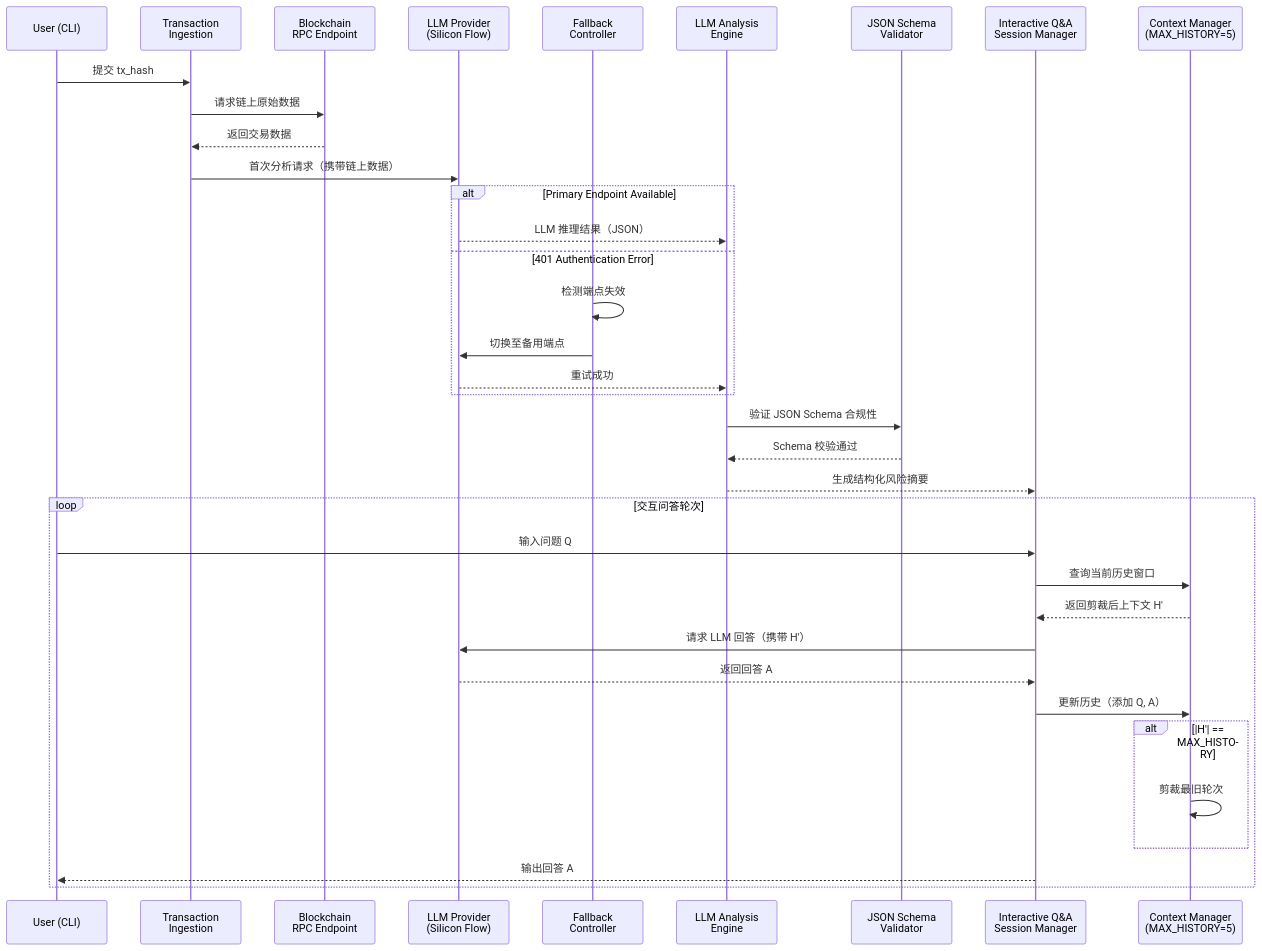
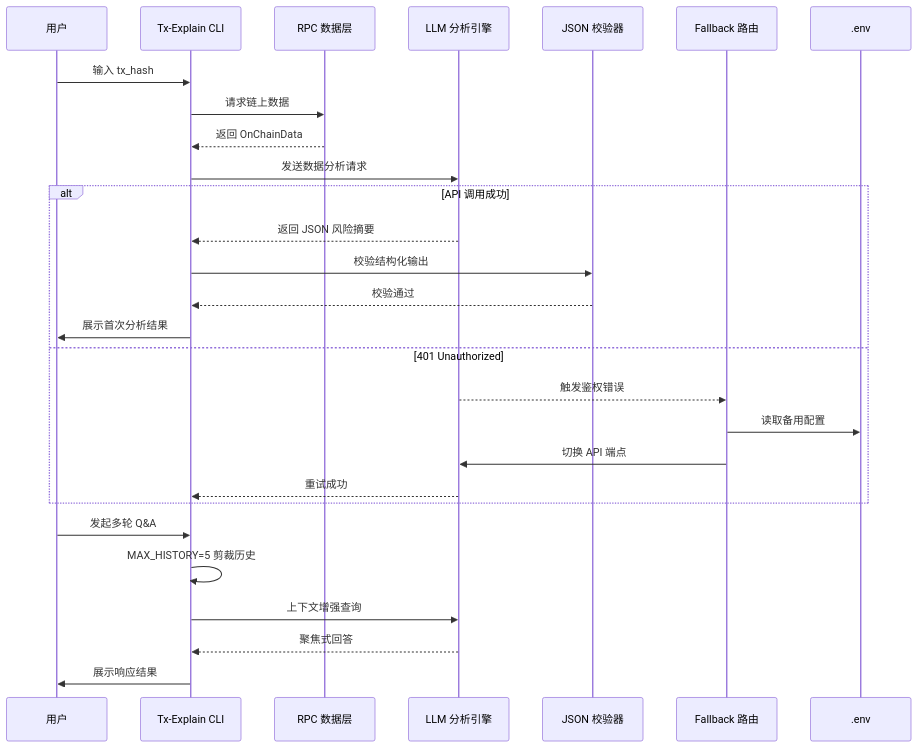
Before and after one commit to IntensiveCoLearning/AI-Web3-School: the seventh of 15 diagrams in notes/Minami-Bein.md, drawn with Mermaid. The commit also changed other lines of this file, not shown here.

````diff
--- a/notes/Minami-Bein.md
+++ b/notes/Minami-Bein.md
@@ -866,44 +887,32 @@
 ```mermaid
 sequenceDiagram
-    participant User as User (CLI)
-    participant TxIngest as Transaction<br/>Ingestion
-    participant RPC as Blockchain<br/>RPC Endpoint
-    participant LLM as LLM Provider<br/>(Silicon Flow)
-    participant Fallback as Fallback<br/>Controller
-    participant Analyzer as LLM Analysis<br/>Engine
-    participant Validator as JSON Schema<br/>Validator
-    participant QnA as Interactive Q&A<br/>Session Manager
-    participant ContextMgr as Context Manager<br/>(MAX_HISTORY=5)
+    participant User as 用户
+    participant CLI as Tx-Explain CLI
+    participant RPC as RPC 数据层
+    participant LLM as LLM 分析引擎
+    participant JSON as JSON 校验器
+    participant Fallback as Fallback 路由
 
-    User->>TxIngest: 提交 tx_hash
-    TxIngest->>RPC: 请求链上原始数据
-    RPC-->>TxIngest: 返回交易数据
-    TxIngest->>LLM: 首次分析请求（携带链上数据）
+    User->>CLI: 输入 tx_hash
+    CLI->>RPC: 请求链上数据
+    RPC-->>CLI: 返回 OnChainData
+    CLI->>LLM: 发送数据分析请求
     
-    alt Primary Endpoint Available
-        LLM-->>Analyzer: LLM 推理结果（JSON）
-    else 401 Authentication Error
-        Fallback->>Fallback: 检测端点失效
-        Fallback->>LLM: 切换至备用端点
-        LLM-->>Analyzer: 重试成功
+    alt API 调用成功
+        LLM-->>CLI: 返回 JSON 风险摘要
+        CLI->>JSON: 校验结构化输出
+        JSON-->>CLI: 校验通过
+        CLI->>User: 展示首次分析结果
+    else 401 Unauthorized
+        LLM-->>Fallback: 触发鉴权错误
+        Fallback->>.env: 读取备用配置
+        Fallback->>LLM: 切换 API 端点
+        LLM-->>CLI: 重试成功
     end
-
-    Analyzer->>Validator: 验证 JSON Schema 合规性
-    Validator-->>Analyzer: Schema 校验通过
-    Analyzer-->>QnA: 生成结构化风险摘要
     
-    loop 交互问答轮次
-        User->>QnA: 输入问题 Q
-        QnA->>ContextMgr: 查询当前历史窗口
-        ContextMgr-->>QnA: 返回剪裁后上下文 H'
-        QnA->>LLM: 请求 LLM 回答（携带 H'）
-        LLM-->>QnA: 返回回答 A
-        QnA->>ContextMgr: 更新历史（添加 Q, A）
-        
-        alt |H'| == MAX_HISTORY
-            ContextMgr->>ContextMgr: 剪裁最旧轮次
-        end
-        
-        QnA-->>User: 输出回答 A
-    end
+    User->>CLI: 发起多轮 Q&A
+    CLI->>CLI: MAX_HISTORY=5 剪裁历史
+    CLI->>LLM: 上下文增强查询
+    LLM-->>CLI: 聚焦式回答
+    CLI->>User: 展示响应结果
 ```
````
